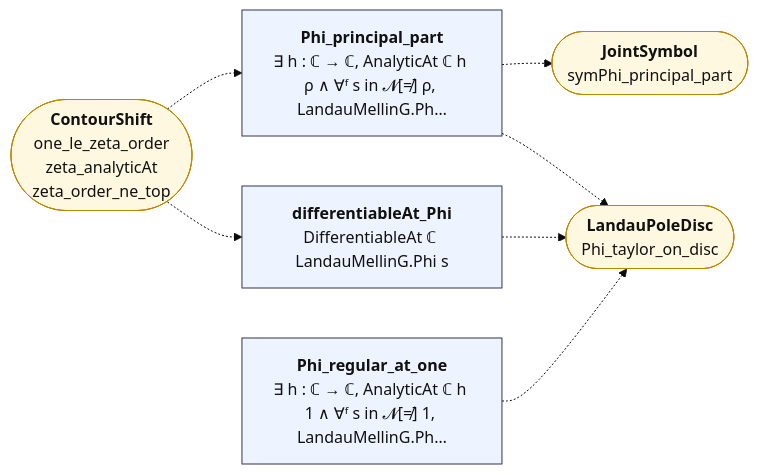
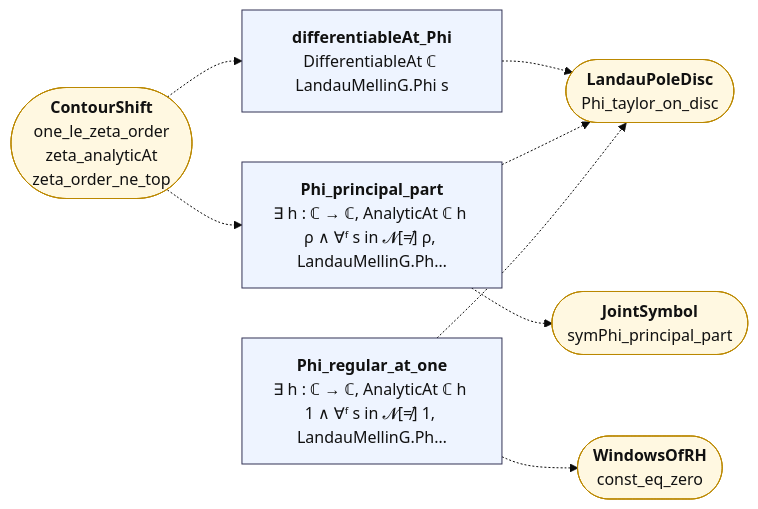
Before and after one commit to juliansambranojr/Primebeat_081426: the diagram in map/lean_stage3/LandauPoleLocal.mmd, drawn with Mermaid (base theme). The commit also changed 18 other files, not shown here.

```diff
--- a/map/lean_stage3/LandauPoleLocal.mmd
+++ b/map/lean_stage3/LandauPoleLocal.mmd
@@ -1,21 +1,23 @@
 flowchart LR
   n0["<b>differentiableAt_Phi</b><br/>DifferentiableAt ℂ LandauMellinG.Phi s"]:::thm
   n1["<b>Phi_principal_part</b><br/>∃ h : ℂ → ℂ, AnalyticAt ℂ h ρ ∧ ∀ᶠ s in 𝓝[≠] ρ, LandauMellinG.Ph…"]:::thm
   n2["<b>Phi_regular_at_one</b><br/>∃ h : ℂ → ℂ, AnalyticAt ℂ h 1 ∧ ∀ᶠ s in 𝓝[≠] 1, LandauMellinG.Ph…"]:::thm
   x0(["<b>ContourShift</b><br/>one_le_zeta_order<br/>zeta_analyticAt<br/>zeta_order_ne_top"]):::ext
   x1(["<b>LandauPoleDisc</b><br/>Phi_taylor_on_disc"]):::ext
   x2(["<b>JointSymbol</b><br/>symPhi_principal_part"]):::ext
+  x3(["<b>WindowsOfRH</b><br/>const_eq_zero"]):::ext
   n0 -.-> x1
   n1 -.-> x1
   n1 -.-> x2
   n2 -.-> x1
+  n2 -.-> x3
   x0 -.-> n0
   x0 -.-> n1
   classDef cnt fill:#dff5ec,stroke:#17694a,color:#111
   classDef shp fill:#f1ecfb,stroke:#5b3fa0,color:#111
   classDef rh fill:#ffe5e5,stroke:#c22,color:#111,stroke-width:2px
   classDef thm fill:#eef4ff,stroke:#335,color:#111
   classDef end_ fill:#e7f7e7,stroke:#2a7,color:#111,stroke-width:2px
   classDef lone fill:#fff,stroke:#999,color:#111,stroke-dasharray:4 3
   classDef bad fill:#ffe5e5,stroke:#c22,color:#111,stroke-width:2px
   classDef ext fill:#fff8e1,stroke:#b80,color:#111
```
